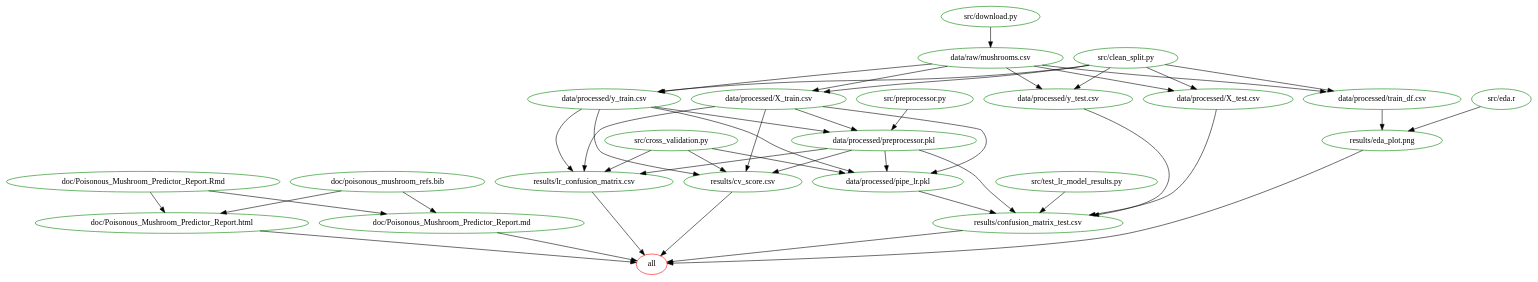
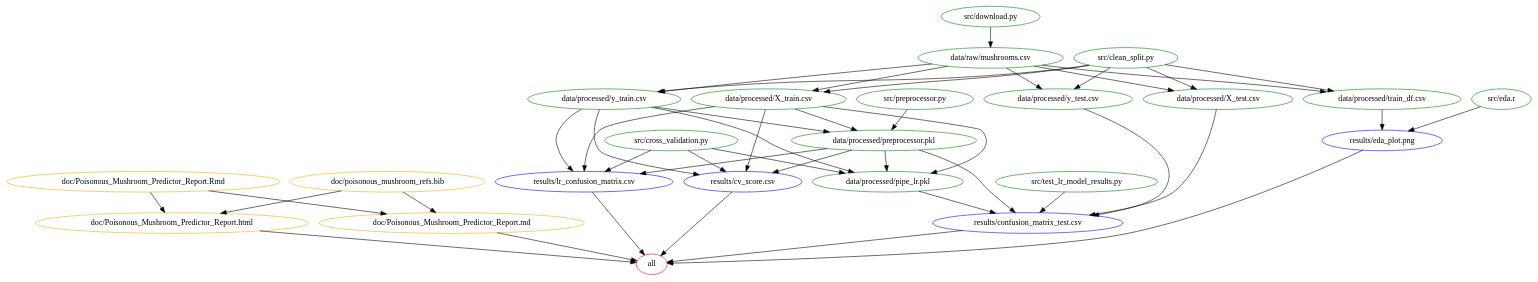
One commit to UBC-MDS/Poisonous_Mushroom_Predictor changed the diagram in Makefile.dot. Above: the diagram before and after it, drawn with Graphviz. The commit also changed 1 other file, not shown here.

Commit message:
Update makefile plot

```diff
--- a/Makefile.dot
+++ b/Makefile.dot
@@ -1,68 +1,68 @@
 digraph G {
 n2[label="all", color="red"];
 n18[label="data/processed/X_test.csv", color="green"];
 n13[label="data/processed/X_train.csv", color="green"];
 n20[label="data/processed/pipe_lr.pkl", color="green"];
 n11[label="data/processed/preprocessor.pkl", color="green"];
 n5[label="data/processed/train_df.csv", color="green"];
 n19[label="data/processed/y_test.csv", color="green"];
 n14[label="data/processed/y_train.csv", color="green"];
 n7[label="data/raw/mushrooms.csv", color="green"];
-n22[label="doc/Poisonous_Mushroom_Predictor_Report.Rmd", color="green"];
-n24[label="doc/Poisonous_Mushroom_Predictor_Report.html", color="green"];
-n21[label="doc/Poisonous_Mushroom_Predictor_Report.md", color="green"];
-n23[label="doc/poisonous_mushroom_refs.bib", color="green"];
-n16[label="results/confusion_matrix_test.csv", color="green"];
-n9[label="results/cv_score.csv", color="green"];
-n3[label="results/eda_plot.png", color="green"];
-n15[label="results/lr_confusion_matrix.csv", color="green"];
+n22[label="doc/Poisonous_Mushroom_Predictor_Report.Rmd", color="orange"];
+n24[label="doc/Poisonous_Mushroom_Predictor_Report.html", color="orange"];
+n21[label="doc/Poisonous_Mushroom_Predictor_Report.md", color="orange"];
+n23[label="doc/poisonous_mushroom_refs.bib", color="orange"];
+n16[label="results/confusion_matrix_test.csv", color="blue"];
+n9[label="results/cv_score.csv", color="blue"];
+n3[label="results/eda_plot.png", color="blue"];
+n15[label="results/lr_confusion_matrix.csv", color="blue"];
 n6[label="src/clean_split.py", color="green"];
 n10[label="src/cross_validation.py", color="green"];
 n8[label="src/download.py", color="green"];
 n4[label="src/eda.r", color="green"];
 n12[label="src/preprocessor.py", color="green"];
 n17[label="src/test_lr_model_results.py", color="green"];
 n24 -> n2 ; 
 n21 -> n2 ; 
 n16 -> n2 ; 
 n9 -> n2 ; 
 n3 -> n2 ; 
 n15 -> n2 ; 
 n7 -> n18 ; 
 n6 -> n18 ; 
 n7 -> n13 ; 
 n6 -> n13 ; 
 n13 -> n20 ; 
 n11 -> n20 ; 
 n14 -> n20 ; 
 n10 -> n20 ; 
 n13 -> n11 ; 
 n14 -> n11 ; 
 n12 -> n11 ; 
 n7 -> n5 ; 
 n6 -> n5 ; 
 n7 -> n19 ; 
 n6 -> n19 ; 
 n7 -> n14 ; 
 n6 -> n14 ; 
 n8 -> n7 ; 
 n22 -> n24 ; 
 n23 -> n24 ; 
 n22 -> n21 ; 
 n23 -> n21 ; 
 n18 -> n16 ; 
 n20 -> n16 ; 
 n11 -> n16 ; 
 n19 -> n16 ; 
 n17 -> n16 ; 
 n13 -> n9 ; 
 n11 -> n9 ; 
 n14 -> n9 ; 
 n10 -> n9 ; 
 n5 -> n3 ; 
 n4 -> n3 ; 
 n13 -> n15 ; 
 n11 -> n15 ; 
 n14 -> n15 ; 
 n10 -> n15 ; 
 }
```
